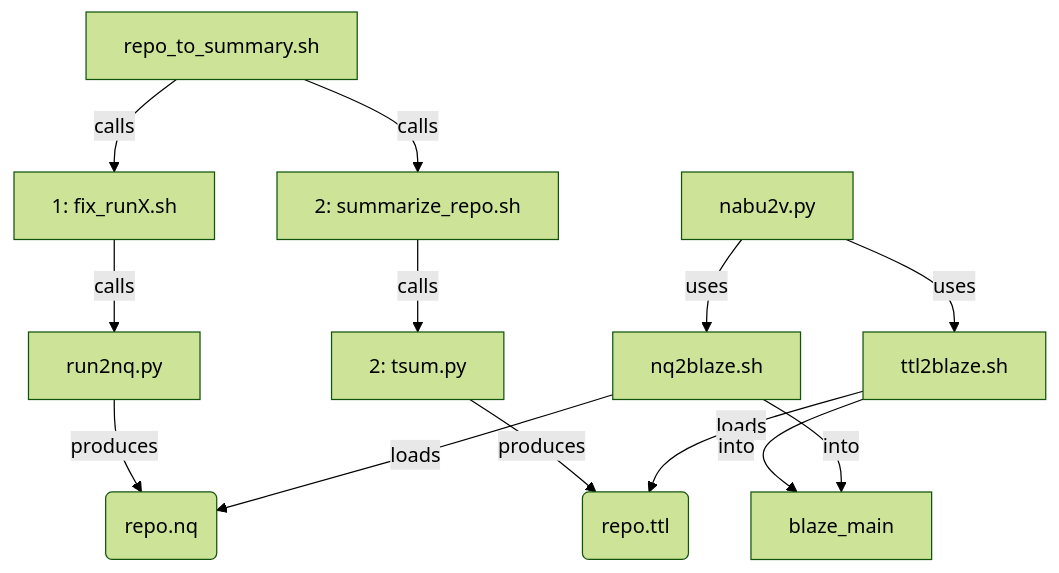
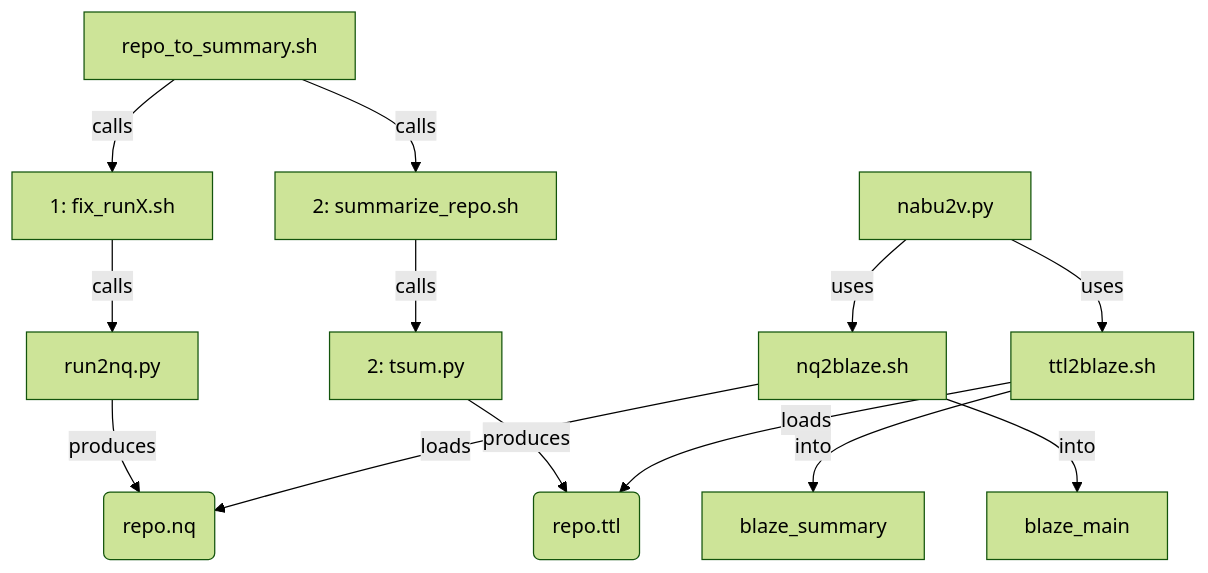
The diagram in summary/nabu2v.md (MBcode/ec), drawn with Mermaid (forest theme) before and after one commit.

Commit message:
Update nabu2v.md
differentiate graphviz labels so can see both namespaces

````diff
--- a/summary/nabu2v.md
+++ b/summary/nabu2v.md
@@ -5,12 +5,12 @@
 ```mermaid
 flowchart TD;
 R2S[repo_to_summary.sh]  -- calls --> G[1: fix_runX.sh];
 G -- calls --> r2n[run2nq.py];
 R2S -- calls --> SR[2: summarize_repo.sh];
 SR -- calls --> F2[2: tsum.py] -- produces --> RT(repo.ttl);
 r2n -- produces --> nq(repo.nq);
 nabu2v[nabu2v.py] -- uses --> ttl2[ttl2blaze.sh] -- loads --> RT;
 nabu2v -- uses --> nq2[nq2blaze.sh] -- loads --> nq; 
-ttl2 -- into --> B[blaze_summary];
-nq2 -- into --> B[blaze_main];
+ttl2 -- into --> Bs[blaze_summary];
+nq2 -- into --> Bm[blaze_main];
 ```
````
